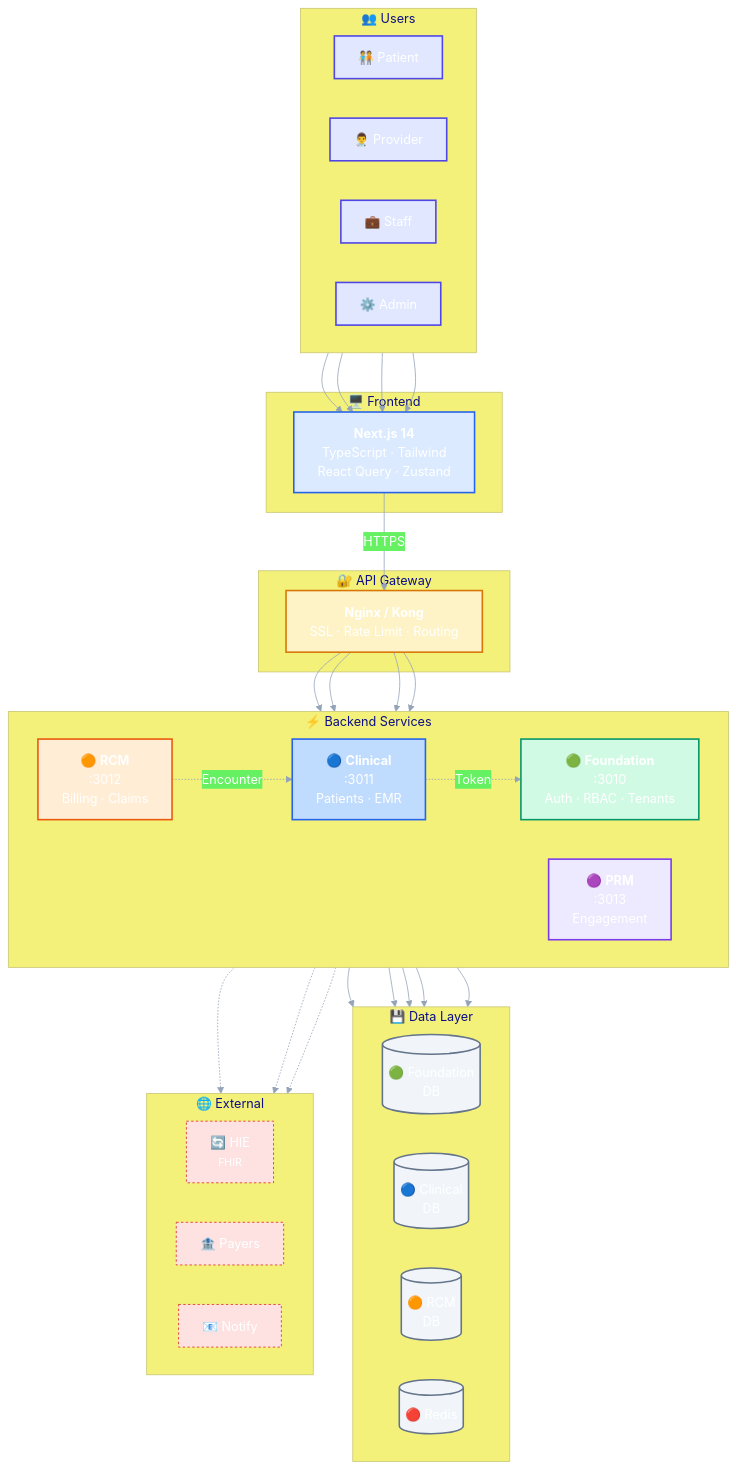
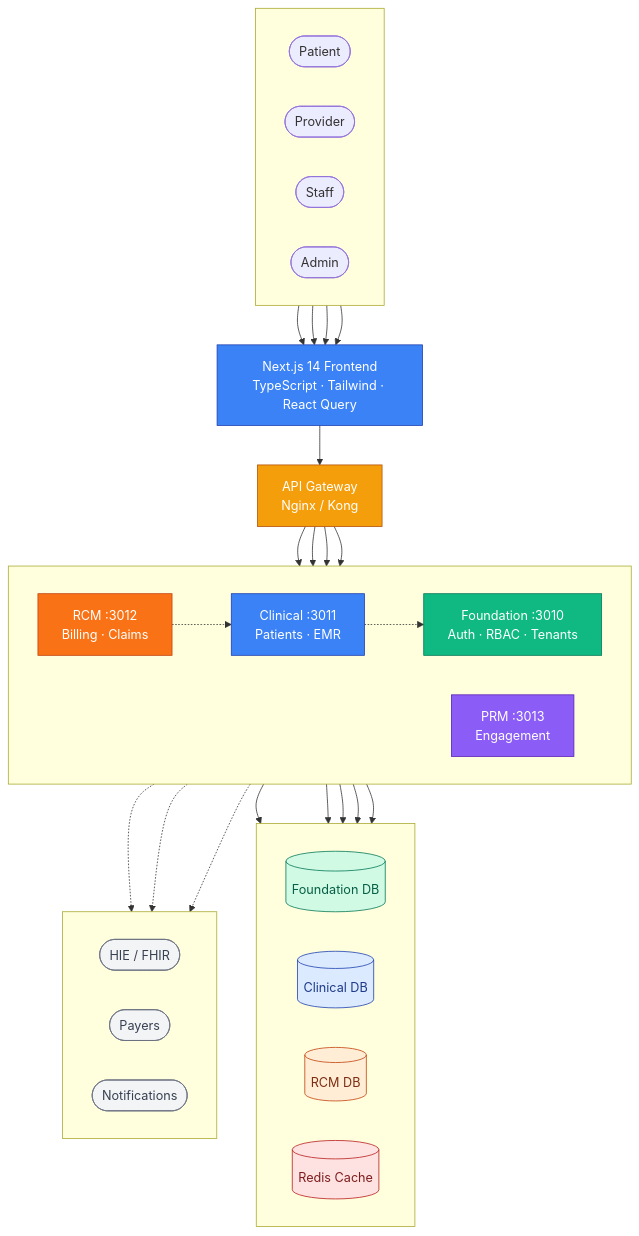
One commit to daivahealth/athma-ce changed the first of 15 diagrams in docs/architecture/TECHNICAL-ARCHITECTURE.md. Above: the diagram before and after it, drawn with Mermaid. The commit also changed other lines of this file, not shown here.

Commit message:
changes in the arch diagrams

````diff
--- a/docs/architecture/TECHNICAL-ARCHITECTURE.md
+++ b/docs/architecture/TECHNICAL-ARCHITECTURE.md
@@ -71,81 +71,68 @@
 ```mermaid
-%%{init: {'theme': 'base', 'themeVariables': { 'primaryColor': '#6366F1', 'primaryTextColor': '#fff', 'primaryBorderColor': '#4F46E5', 'lineColor': '#94A3B8'}}}%%
-
 flowchart TB
-    subgraph Users["👥 Users"]
+    subgraph Users[" "]
         direction LR
-        Patient["🧑‍🤝‍🧑 Patient"]
-        Provider["👨‍⚕️ Provider"]
-        Staff["💼 Staff"]
-        Admin["⚙️ Admin"]
+        Patient(["Patient"])
+        Provider(["Provider"])
+        Staff(["Staff"])
+        Admin(["Admin"])
     end
 
-    subgraph Frontend["🖥️ Frontend"]
-        WebApp["<b>Next.js 14</b><br/>TypeScript · Tailwind<br/>React Query · Zustand"]
+    WebApp["Next.js 14 Frontend<br/>TypeScript · Tailwind · React Query"]
+
+    APIGW["API Gateway<br/>Nginx / Kong"]
+
+    subgraph Services[" "]
+        direction LR
+        Foundation["Foundation :3010<br/>Auth · RBAC · Tenants"]
+        Clinical["Clinical :3011<br/>Patients · EMR"]
+        RCM["RCM :3012<br/>Billing · Claims"]
+        PRM["PRM :3013<br/>Engagement"]
     end
 
-    subgraph Gateway["🔐 API Gateway"]
-        APIGW["<b>Nginx / Kong</b><br/>SSL · Rate Limit · Routing"]
+    subgraph DataStores[" "]
+        direction LR
+        DB_F[(Foundation DB)]
+        DB_C[(Clinical DB)]
+        DB_R[(RCM DB)]
+        Redis[(Redis Cache)]
     end
 
-    subgraph Services["⚡ Backend Services"]
+    subgraph External[" "]
         direction LR
-        Foundation["🟢 <b>Foundation</b><br/>:3010<br/>Auth · RBAC · Tenants"]
-        Clinical["🔵 <b>Clinical</b><br/>:3011<br/>Patients · EMR"]
-        RCM["🟠 <b>RCM</b><br/>:3012<br/>Billing · Claims"]
-        PRM["🟣 <b>PRM</b><br/>:3013<br/>Engagement"]
+        HIE(["HIE / FHIR"])
+        Payers(["Payers"])
+        Notify(["Notifications"])
     end
 
-    subgraph Data["💾 Data Layer"]
-        direction LR
-        DB_F[("🟢 Foundation<br/>DB")]
-        DB_C[("🔵 Clinical<br/>DB")]
-        DB_R[("🟠 RCM<br/>DB")]
-        Redis[("🔴 Redis")]
-    end
-
-    subgraph External["🌐 External"]
-        direction LR
-        HIE["🔄 HIE<br/><small>FHIR</small>"]
-        Payers["🏦 Payers"]
-        Notify["📧 Notify"]
-    end
-
-    %% Connections
     Patient & Provider & Staff & Admin --> WebApp
-    WebApp -->|HTTPS| APIGW
+    WebApp --> APIGW
     APIGW --> Foundation & Clinical & RCM & PRM
 
     Foundation --> DB_F
     Clinical --> DB_C
     RCM --> DB_R
-    Foundation & Clinical --> Redis
+    Foundation --> Redis
+    Clinical --> Redis
 
-    Clinical -.->|"Token"| Foundation
-    RCM -.->|"Encounter"| Clinical
+    Clinical -.-> Foundation
+    RCM -.-> Clinical
 
     Clinical -.-> HIE
     RCM -.-> Payers
     PRM -.-> Notify
 
-    %% Styling
-    classDef userClass fill:#E0E7FF,stroke:#4F46E5,stroke-width:2px
-    classDef feClass fill:#DBEAFE,stroke:#2563EB,stroke-width:2px
-    classDef gwClass fill:#FEF3C7,stroke:#D97706,stroke-width:2px
-    classDef foundClass fill:#D1FAE5,stroke:#059669,stroke-width:2px
-    classDef clinClass fill:#BFDBFE,stroke:#2563EB,stroke-width:2px
-    classDef rcmClass fill:#FFEDD5,stroke:#EA580C,stroke-width:2px
-    classDef prmClass fill:#EDE9FE,stroke:#7C3AED,stroke-width:2px
-    classDef dbClass fill:#F1F5F9,stroke:#64748B,stroke-width:2px
-    classDef extClass fill:#FEE2E2,stroke:#DC2626,stroke-width:1px,stroke-dasharray: 3 3
-
-    class Patient,Provider,Staff,Admin userClass
-    class WebApp feClass
-    class APIGW gwClass
-    class Foundation foundClass
-    class Clinical clinClass
-    class RCM rcmClass
-    class PRM prmClass
-    class DB_F,DB_C,DB_R,Redis dbClass
-    class HIE,Payers,Notify extClass
+    style WebApp fill:#3B82F6,stroke:#1E40AF,color:#fff
+    style APIGW fill:#F59E0B,stroke:#B45309,color:#fff
+    style Foundation fill:#10B981,stroke:#047857,color:#fff
+    style Clinical fill:#3B82F6,stroke:#1E40AF,color:#fff
+    style RCM fill:#F97316,stroke:#C2410C,color:#fff
+    style PRM fill:#8B5CF6,stroke:#5B21B6,color:#fff
+    style DB_F fill:#D1FAE5,stroke:#047857,color:#065F46
+    style DB_C fill:#DBEAFE,stroke:#1E40AF,color:#1E3A8A
+    style DB_R fill:#FFEDD5,stroke:#C2410C,color:#7C2D12
+    style Redis fill:#FEE2E2,stroke:#B91C1C,color:#7F1D1D
+    style HIE fill:#F3F4F6,stroke:#6B7280,color:#374151
+    style Payers fill:#F3F4F6,stroke:#6B7280,color:#374151
+    style Notify fill:#F3F4F6,stroke:#6B7280,color:#374151
 ```
````
